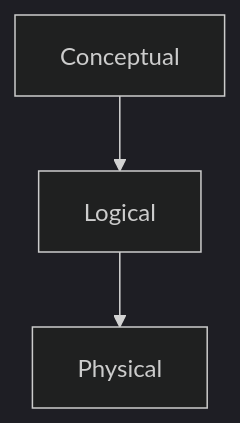
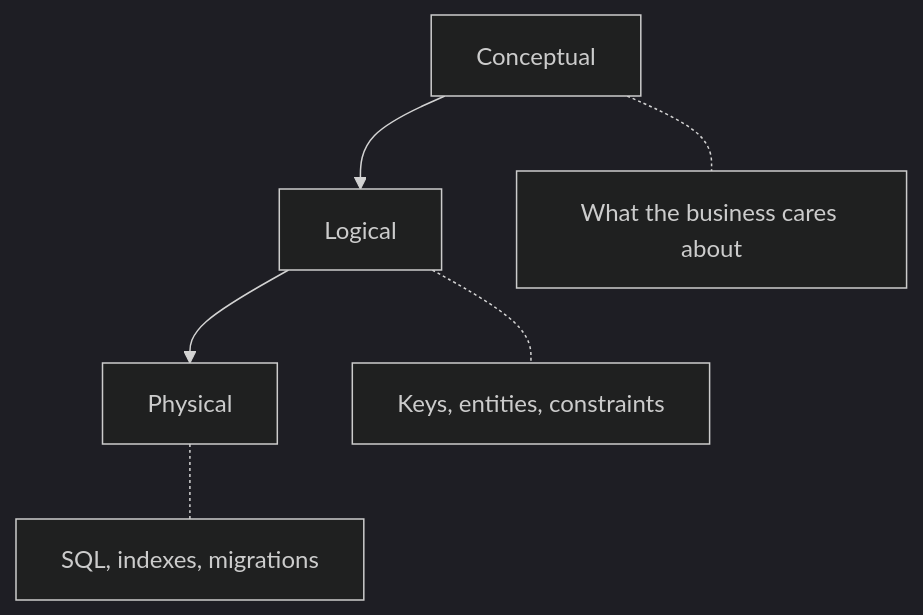
The second of 3 diagrams in src/content/blog/what-is-data-modeling.mdx (sanskarmishra479/portfolio), drawn with Mermaid (dark theme) before and after one commit.

Commit message:
docs: update the flowchart

````diff
--- a/src/content/blog/what-is-data-modeling.mdx
+++ b/src/content/blog/what-is-data-modeling.mdx
@@ -63,8 +63,8 @@
 ```mermaid
 flowchart TD
-    A[Conceptual]
-    B[Logical]
-    C[Physical]
-    A --> B
-    B --> C
+    A[Conceptual] --> B[Logical]
+    B --> C[Physical]
+    A -.- a1[What the business cares about]
+    B -.- b1[Keys, entities, constraints]
+    C -.- c1[SQL, indexes, migrations]
 ```
````
